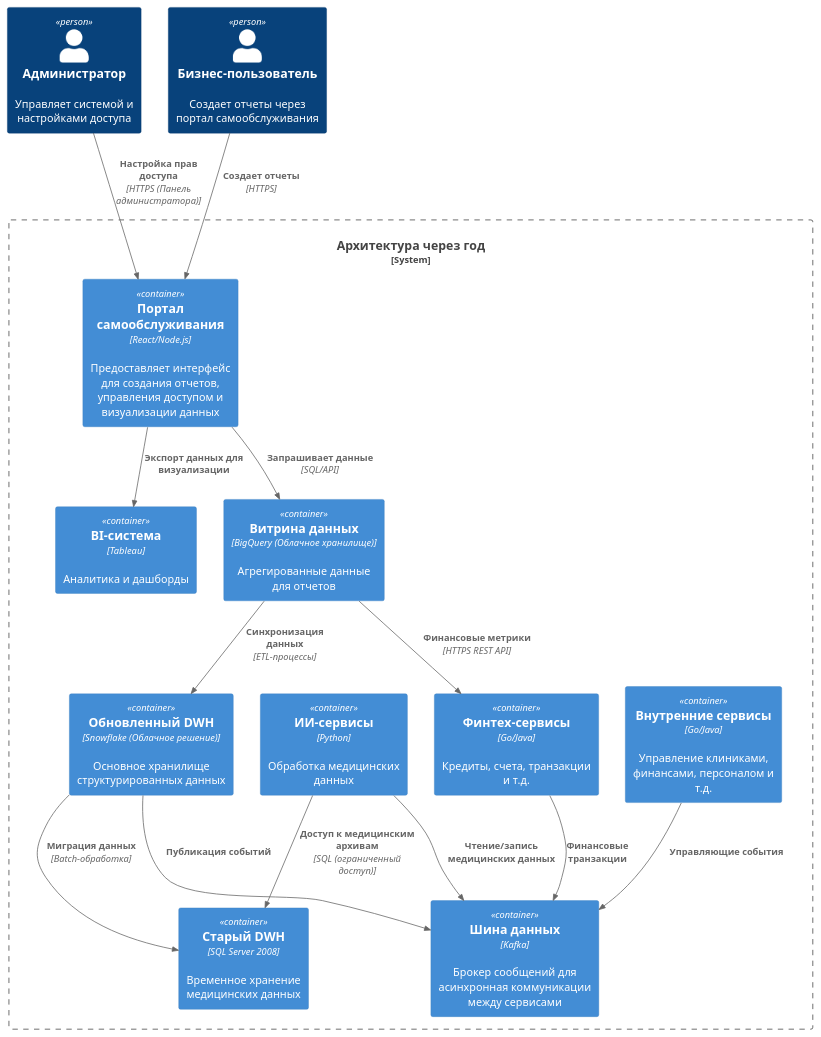
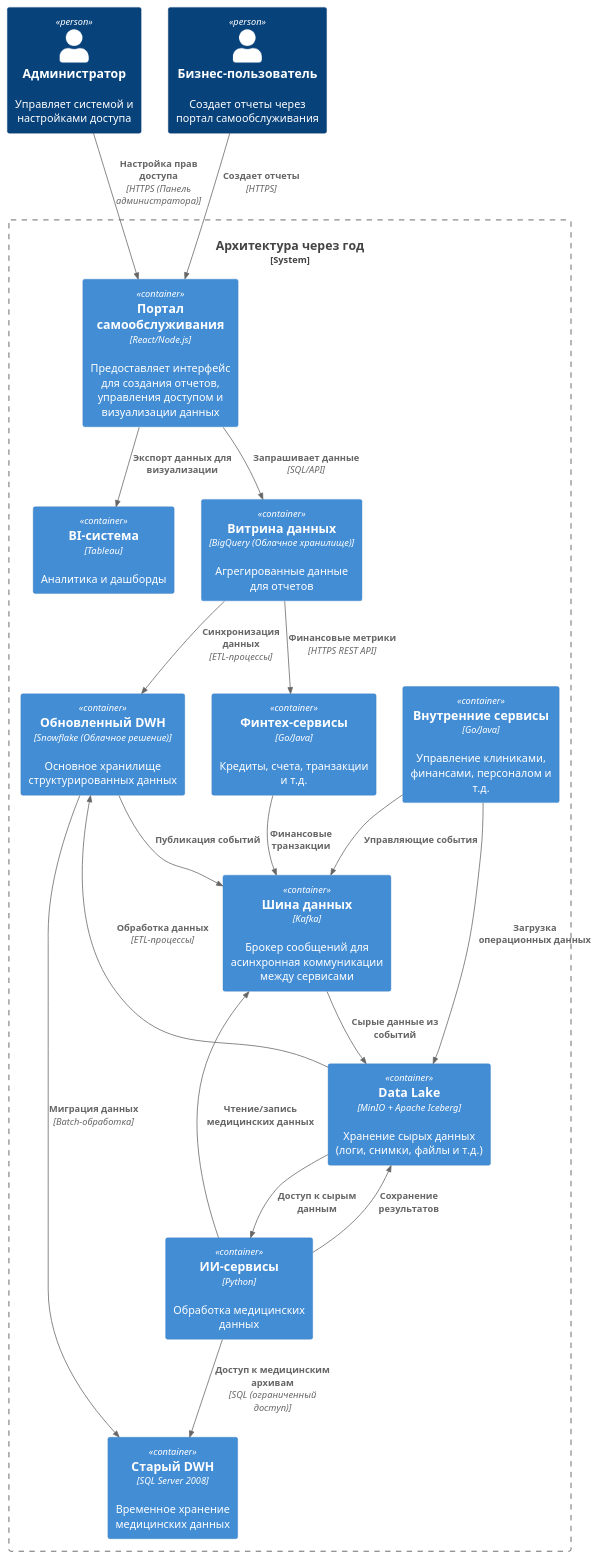
Before and after one commit to snakeduse/architecture-sprint-11: the diagram in Exc1/ToBe.puml, drawn with PlantUML. The commit also changed 2 other files, not shown here.

Commit message:
feat(Exc1): Добавил Data Lake для сырых данных

```diff
--- a/Exc1/ToBe.puml
+++ b/Exc1/ToBe.puml
@@ -1,32 +1,39 @@
 @startuml
 !include https://raw.githubusercontent.com/plantuml-stdlib/C4-PlantUML/master/C4_Container.puml
 
 Person(admin, "Администратор", "Управляет системой и настройками доступа")
 Person(user, "Бизнес-пользователь", "Создает отчеты через портал самообслуживания")
 
 System_Boundary(c1, "Архитектура через год") {
     Container(portal, "Портал самообслуживания", "React/Node.js", "Предоставляет интерфейс для создания отчетов, управления доступом и визуализации данных")
     Container(bi, "BI-система", "Tableau", "Аналитика и дашборды")
     Container(data_mart, "Витрина данных", "BigQuery (Облачное хранилище)", "Агрегированные данные для отчетов")
     Container(modern_dwh, "Обновленный DWH", "Snowflake (Облачное решение)", "Основное хранилище структурированных данных")
     Container(legacy_dwh, "Старый DWH", "SQL Server 2008", "Временное хранение медицинских данных")
     Container(ai_services, "ИИ-сервисы", "Python", "Обработка медицинских данных")
     Container(fintech_services, "Финтех-сервисы", "Go/Java", "Кредиты, счета, транзакции и т.д.")
     Container(kafka, "Шина данных", "Kafka", "Брокер сообщений для асинхронная коммуникации между сервисами")
     Container(internal_services, "Внутренние сервисы", "Go/Java", "Управление клиниками, финансами, персоналом и т.д.")
+    Container(data_lake, "Data Lake", "MinIO + Apache Iceberg", "Хранение сырых данных (логи, снимки, файлы и т.д.)")
 }
 
 Rel(user, portal, "Создает отчеты", "HTTPS")
 Rel(portal, data_mart, "Запрашивает данные", "SQL/API")
 Rel(portal, bi, "Экспорт данных для визуализации")
 Rel(data_mart, modern_dwh, "Синхронизация данных", "ETL-процессы")
 Rel(data_mart, fintech_services, "Финансовые метрики", "HTTPS REST API")
 Rel(modern_dwh, legacy_dwh, "Миграция данных", "Batch-обработка")
 Rel(modern_dwh, kafka, "Публикация событий")
 Rel(ai_services, kafka, "Чтение/запись медицинских данных")
 Rel(fintech_services, kafka, "Финансовые транзакции")
 Rel(internal_services, kafka, "Управляющие события")
 Rel(ai_services, legacy_dwh, "Доступ к медицинским архивам", "SQL (ограниченный доступ)")
 Rel(admin, portal, "Настройка прав доступа", "HTTPS (Панель администратора)")
 
+Rel(kafka, data_lake, "Сырые данные из событий")
+Rel(internal_services, data_lake, "Загрузка операционных данных")
+Rel(data_lake, modern_dwh, "Обработка данных", "ETL-процессы")
+Rel(data_lake, ai_services, "Доступ к сырым данным")
+Rel(ai_services, data_lake, "Сохранение результатов")
+
 @enduml
```
